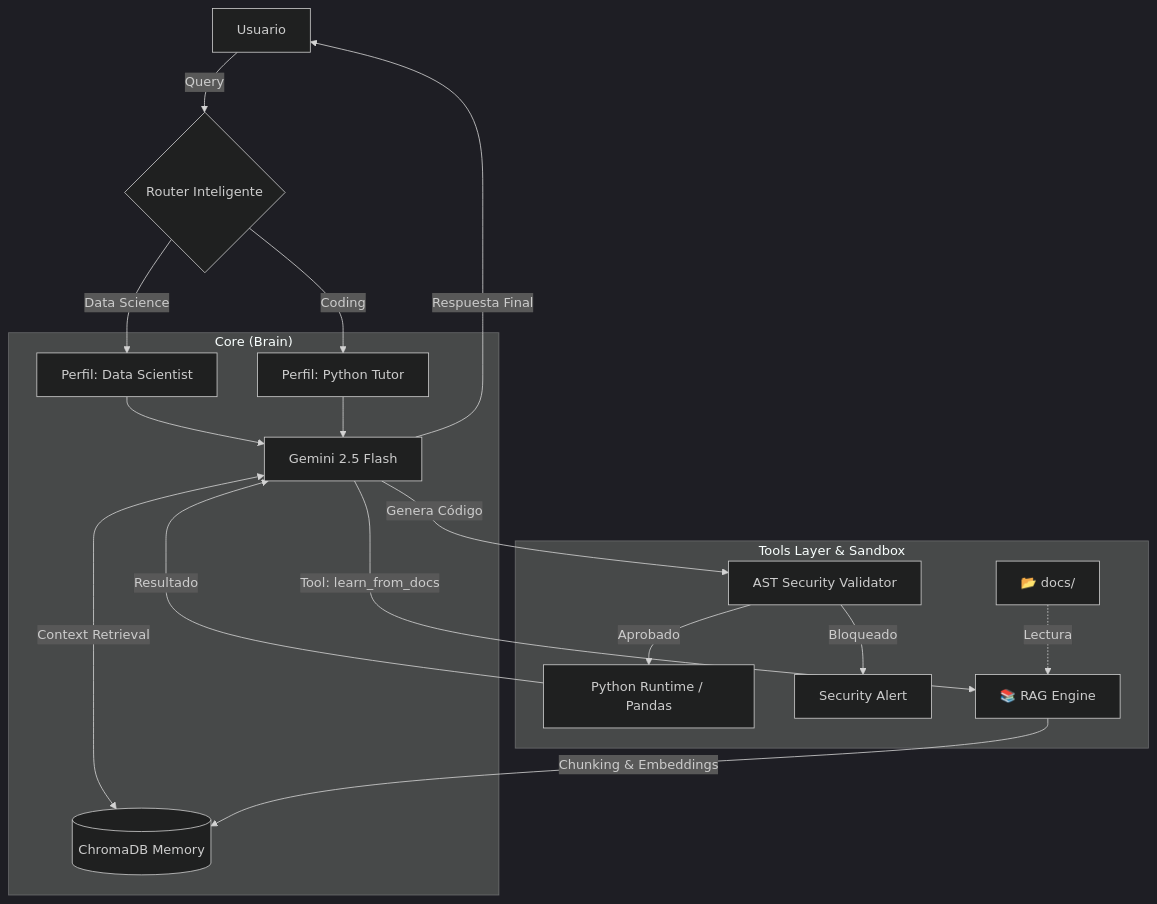
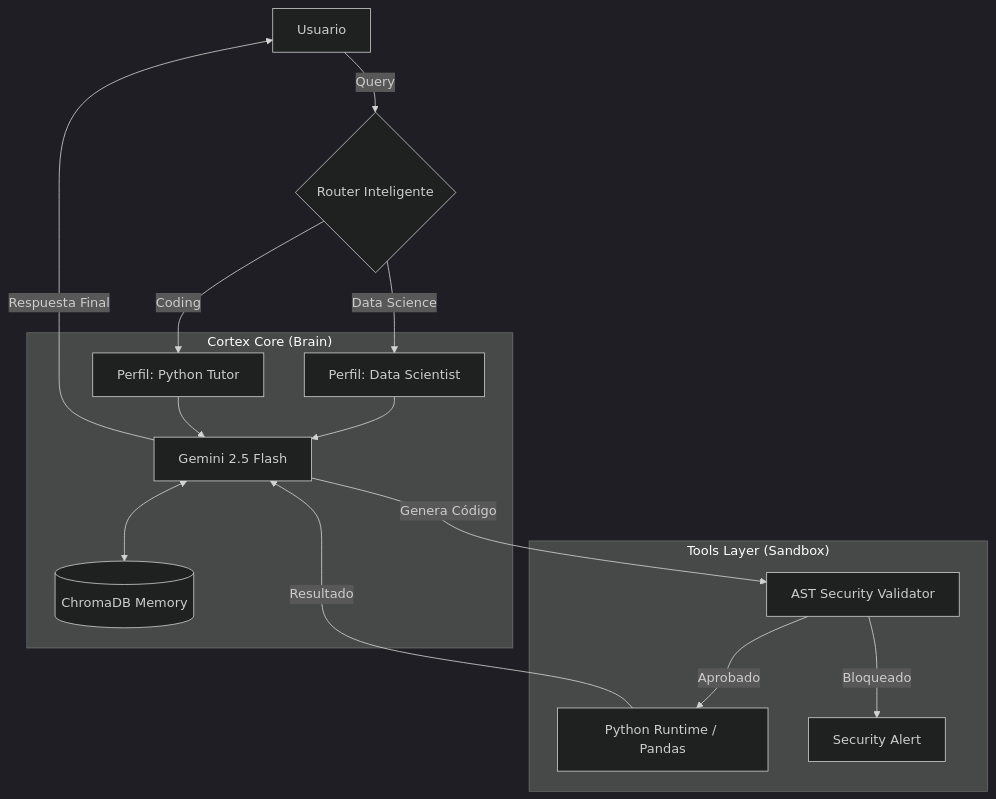
One commit to LeandroGui/autonomous-agentic-system changed the diagram in README.md. Above: the diagram before and after it, drawn with Mermaid (dark theme). The commit also changed other lines of this file, not shown here.

````diff
--- a/README.md
+++ b/README.md
@@ -44,26 +44,20 @@
 ```mermaid
 graph TD
     User[Usuario] -->|Query| Router{Router Inteligente}
     Router -->|Data Science| PersonaDS[Perfil: Data Scientist]
     Router -->|Coding| PersonaDev[Perfil: Python Tutor]
     
-    subgraph "Core (Brain)"
+    subgraph "Cortex Core (Brain)"
         PersonaDS & PersonaDev --> Brain[Gemini 2.5 Flash]
-        Brain <-->|Context Retrieval| Memory[(ChromaDB Memory)]
+        Brain <--> Memory[(ChromaDB Memory)]
     end
     
-    subgraph "Tools Layer & Sandbox"
-        %% Ejecución de Código
+    subgraph "Tools Layer (Sandbox)"
         Brain -->|Genera Código| Validator[AST Security Validator]
         Validator -->|Aprobado| Exec[Python Runtime / Pandas]
         Validator -->|Bloqueado| Error[Security Alert]
-        
-        %% Lógica RAG
-        Brain -->|Tool: learn_from_docs| RAG[📚 RAG Engine]
-        LocalDocs[📂 docs/] -.->|Lectura| RAG
-        RAG -->|Chunking & Embeddings| Memory
     end
     
     Exec -->|Resultado| Brain
     Brain -->|Respuesta Final| User
 ```
````
